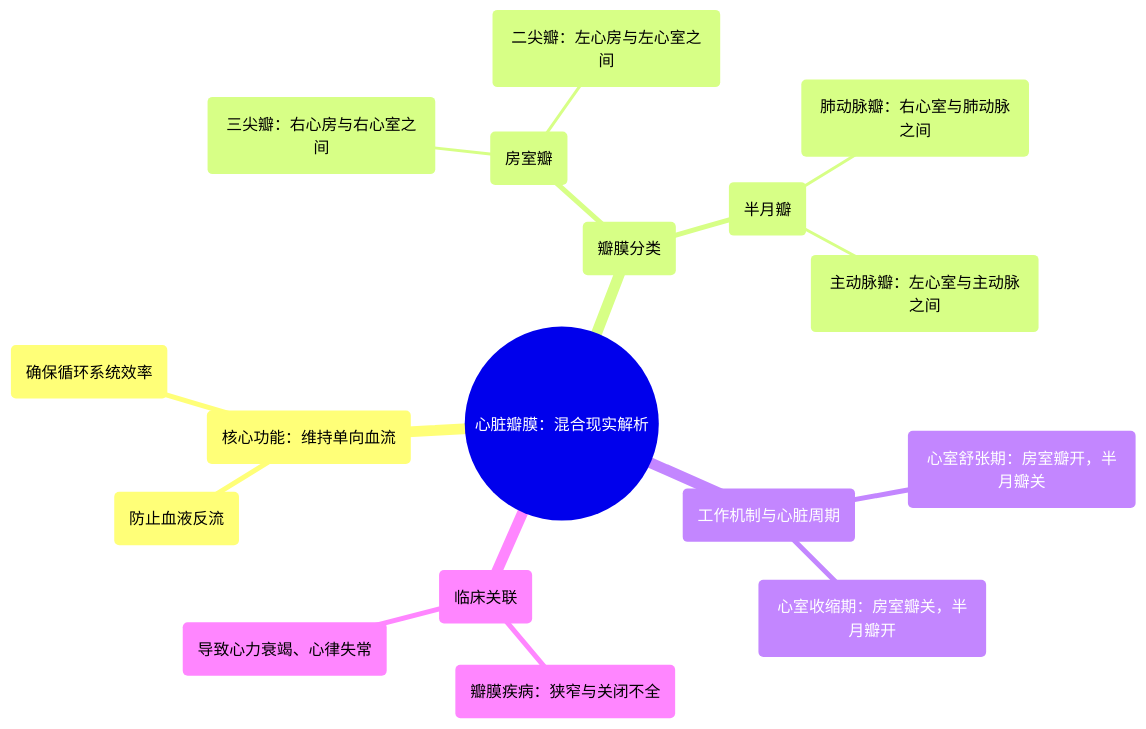
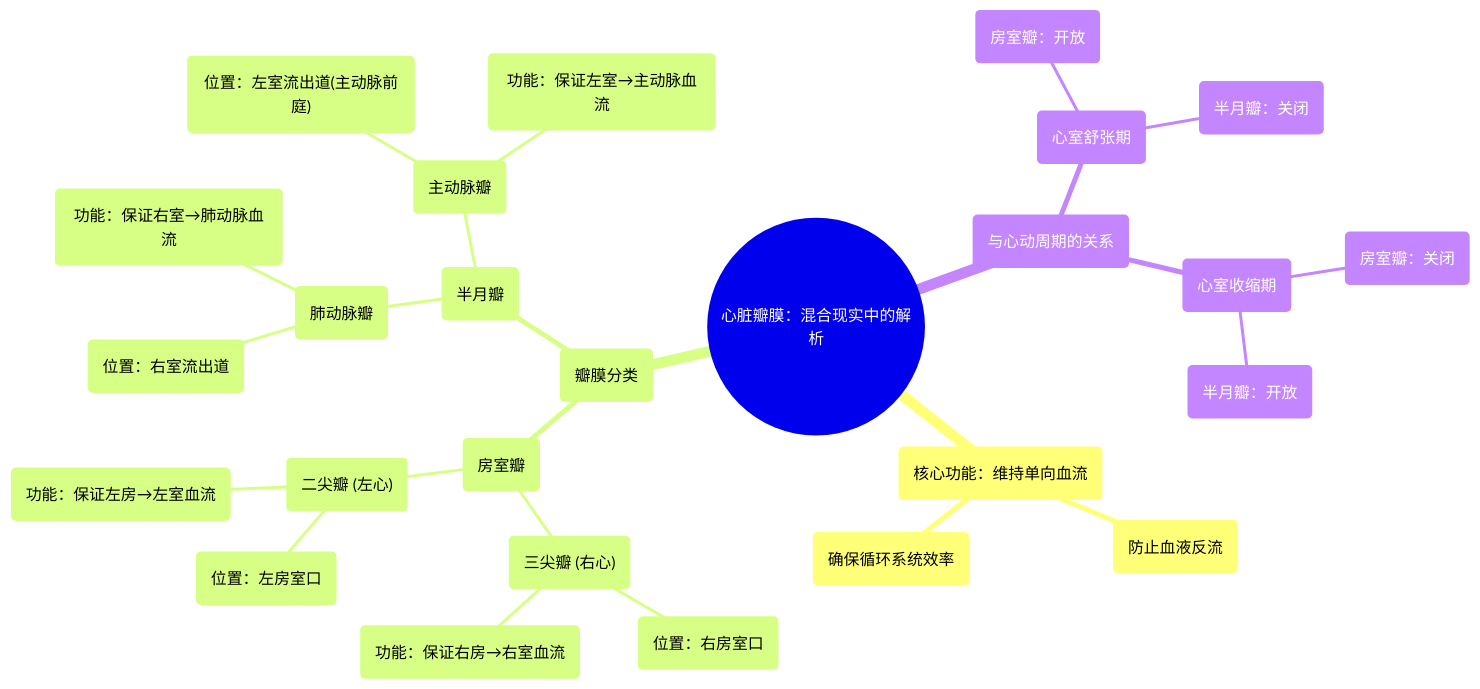
The diagram in docs/专辑 01：心脏解剖学实景课 (Heart Anatomy - Course)/08 360 video -Cardiac Valves - Explained in Mixed Reality.md (hello-47777/xinxueguan), drawn with Mermaid before and after one commit. The commit also changed other lines of this file and 414 other files, not shown here.

````diff
--- a/docs/专辑 01：心脏解剖学实景课 (Heart Anatomy - Course)/08 360 video -Cardiac Valves - Explained in Mixed Reality.md
+++ b/docs/专辑 01：心脏解剖学实景课 (Heart Anatomy - Course)/08 360 video -Cardiac Valves - Explained in Mixed Reality.md
@@ -43,20 +51,29 @@
 ```mermaid
 mindmap
-  root(("心脏瓣膜：混合现实解析"))
+  root(("心脏瓣膜：混合现实中的解析"))
     ("核心功能：维持单向血流")
       ("防止血液反流")
       ("确保循环系统效率")
     ("瓣膜分类")
       ("房室瓣")
-        ("三尖瓣：右心房与右心室之间")
-        ("二尖瓣：左心房与左心室之间")
+        ("三尖瓣 (右心)")
+          ("位置：右房室口")
+          ("功能：保证右房→右室血流")
+        ("二尖瓣 (左心)")
+          ("位置：左房室口")
+          ("功能：保证左房→左室血流")
       ("半月瓣")
-        ("肺动脉瓣：右心室与肺动脉之间")
-        ("主动脉瓣：左心室与主动脉之间")
-    ("工作机制与心脏周期")
-      ("心室舒张期：房室瓣开，半月瓣关")
-      ("心室收缩期：房室瓣关，半月瓣开")
-    ("临床关联")
-      ("瓣膜疾病：狭窄与关闭不全")
-      ("导致心力衰竭、心律失常")
+        ("肺动脉瓣")
+          ("位置：右室流出道")
+          ("功能：保证右室→肺动脉血流")
+        ("主动脉瓣")
+          ("位置：左室流出道(主动脉前庭)")
+          ("功能：保证左室→主动脉血流")
+    ("与心动周期的关系")
+      ("心室舒张期")
+        ("房室瓣：开放")
+        ("半月瓣：关闭")
+      ("心室收缩期")
+        ("房室瓣：关闭")
+        ("半月瓣：开放")
 ```
````
